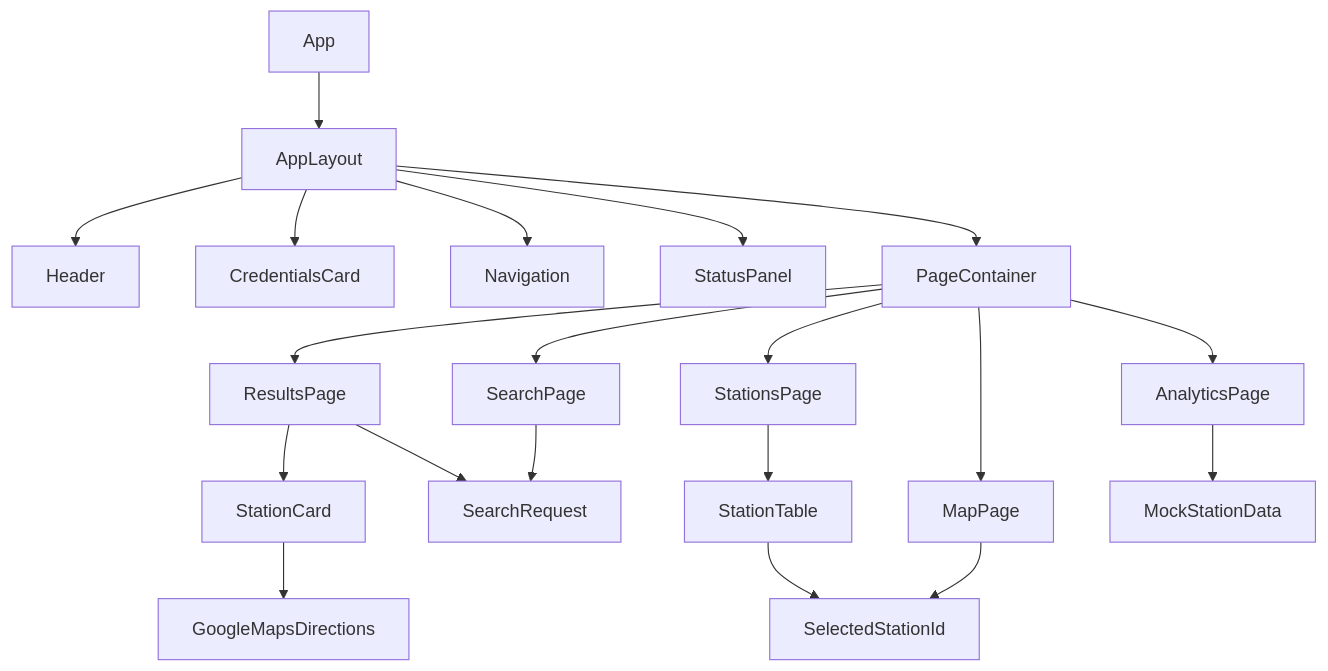
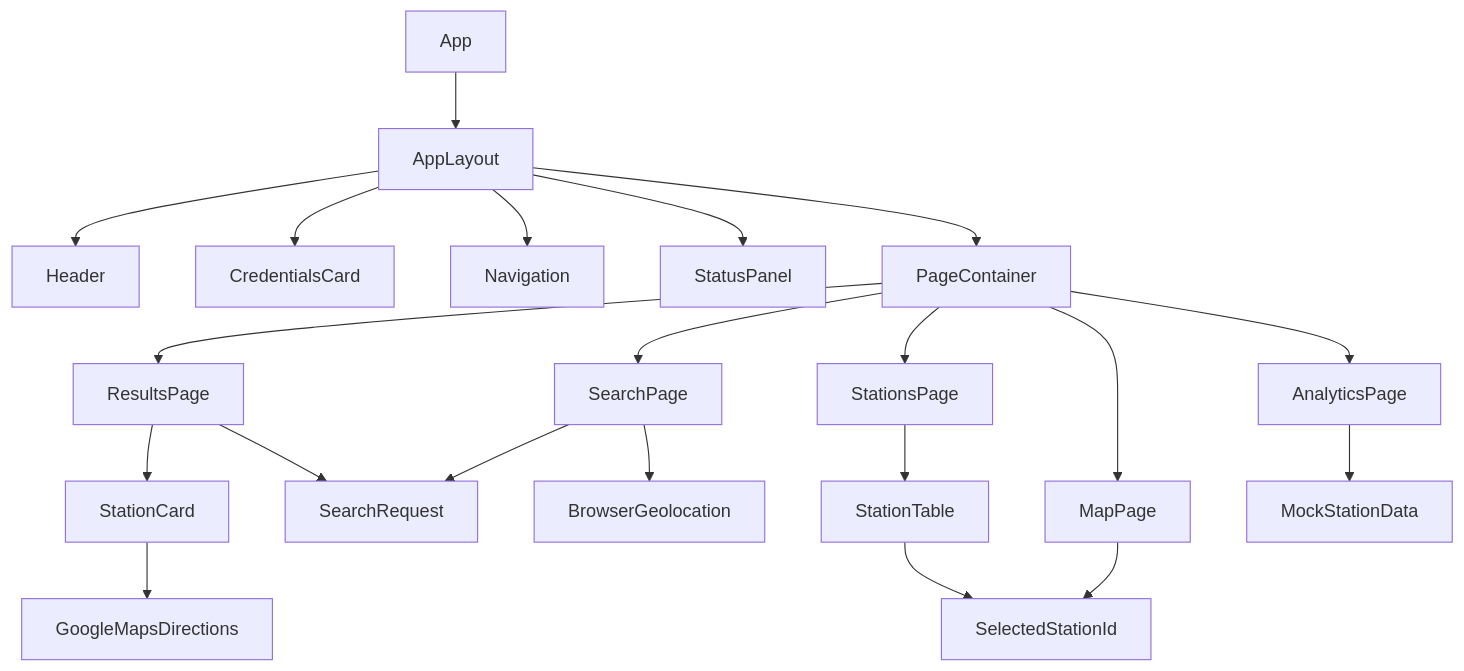
Before and after one commit to Arthemisto/FuelFinder: the first of 2 diagrams in PROJECT_STRUCTURE.md, drawn with Mermaid. The commit also changed other lines of this file and 1 other file, not shown here.

````diff
--- a/PROJECT_STRUCTURE.md
+++ b/PROJECT_STRUCTURE.md
@@ -385,25 +387,26 @@
 ```mermaid
 flowchart TD
   App --> AppLayout
   AppLayout --> Header
   AppLayout --> CredentialsCard
   AppLayout --> Navigation
   AppLayout --> StatusPanel
   AppLayout --> PageContainer
 
   PageContainer --> SearchPage
   PageContainer --> ResultsPage
   PageContainer --> MapPage
   PageContainer --> AnalyticsPage
   PageContainer --> StationsPage
 
   SearchPage --> SearchRequest
+  SearchPage --> BrowserGeolocation
   ResultsPage --> StationCard
   ResultsPage --> SearchRequest
   MapPage --> SelectedStationId
   StationsPage --> StationTable
   AnalyticsPage --> MockStationData
 
   StationCard --> GoogleMapsDirections
   StationTable --> SelectedStationId
 ```
````
